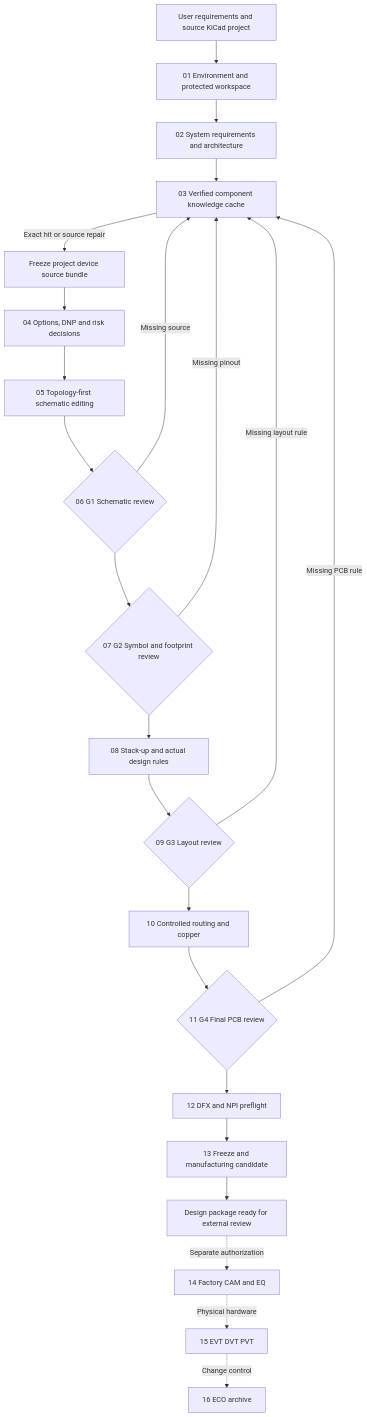
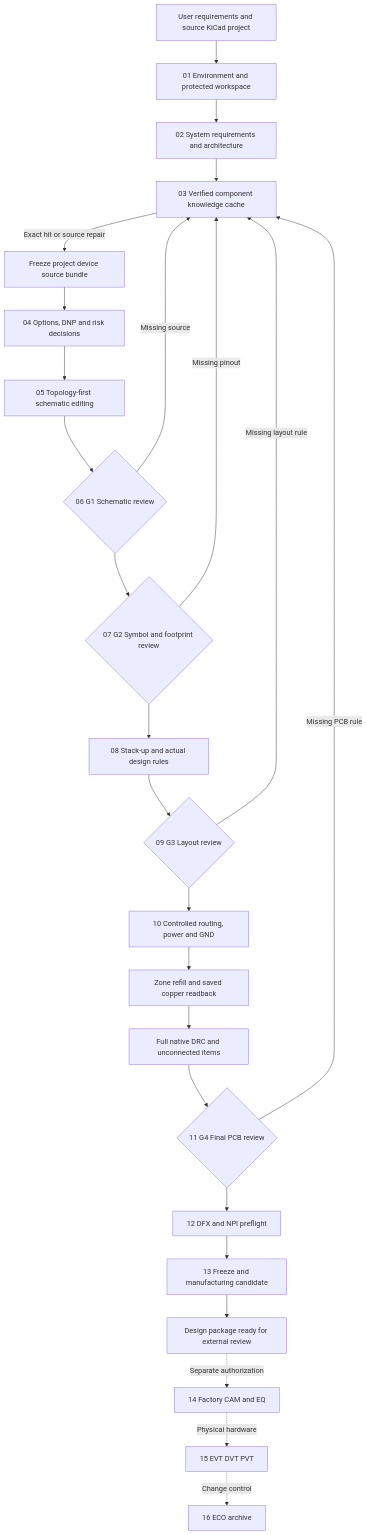
Before and after one commit to jackwang988/kicad-pcb-ai-workflow: the diagram in kicad-pcb-ai-workflow/references/latest-complete-workflow.md, drawn with Mermaid. The commit also changed other lines of this file, not shown here.

Commit message:
test/docs(R10): G3 unrouted placement does not require DRC; G4 after copper fill

````diff
--- a/kicad-pcb-ai-workflow/references/latest-complete-workflow.md
+++ b/kicad-pcb-ai-workflow/references/latest-complete-workflow.md
@@ -7,25 +7,27 @@
 ```mermaid
 flowchart TB
   U[User requirements and source KiCad project] --> E[01 Environment and protected workspace]
   E --> R[02 System requirements and architecture]
   R --> C[03 Verified component knowledge cache]
   C -->|Exact hit or source repair| F[Freeze project device source bundle]
   F --> O[04 Options, DNP and risk decisions]
   O --> S[05 Topology-first schematic editing]
   S --> G1{06 G1 Schematic review}
   G1 --> G2{07 G2 Symbol and footprint review}
   G2 --> L[08 Stack-up and actual design rules]
   L --> G3{09 G3 Layout review}
-  G3 --> RT[10 Controlled routing and copper]
-  RT --> G4{11 G4 Final PCB review}
+  G3 --> RT[10 Controlled routing, power and GND]
+  RT --> ZF[Zone refill and saved copper readback]
+  ZF --> NDRC[Full native DRC and unconnected items]
+  NDRC --> G4{11 G4 Final PCB review}
   G4 --> D[12 DFX and NPI preflight]
   D --> M[13 Freeze and manufacturing candidate]
   M --> END[Design package ready for external review]
   END -. Separate authorization .-> CAM[14 Factory CAM and EQ]
   CAM -. Physical hardware .-> T[15 EVT DVT PVT]
   T -. Change control .-> ECO[16 ECO archive]
   G1 -->|Missing source| C
   G2 -->|Missing pinout| C
   G3 -->|Missing layout rule| C
   G4 -->|Missing PCB rule| C
 ```
````
